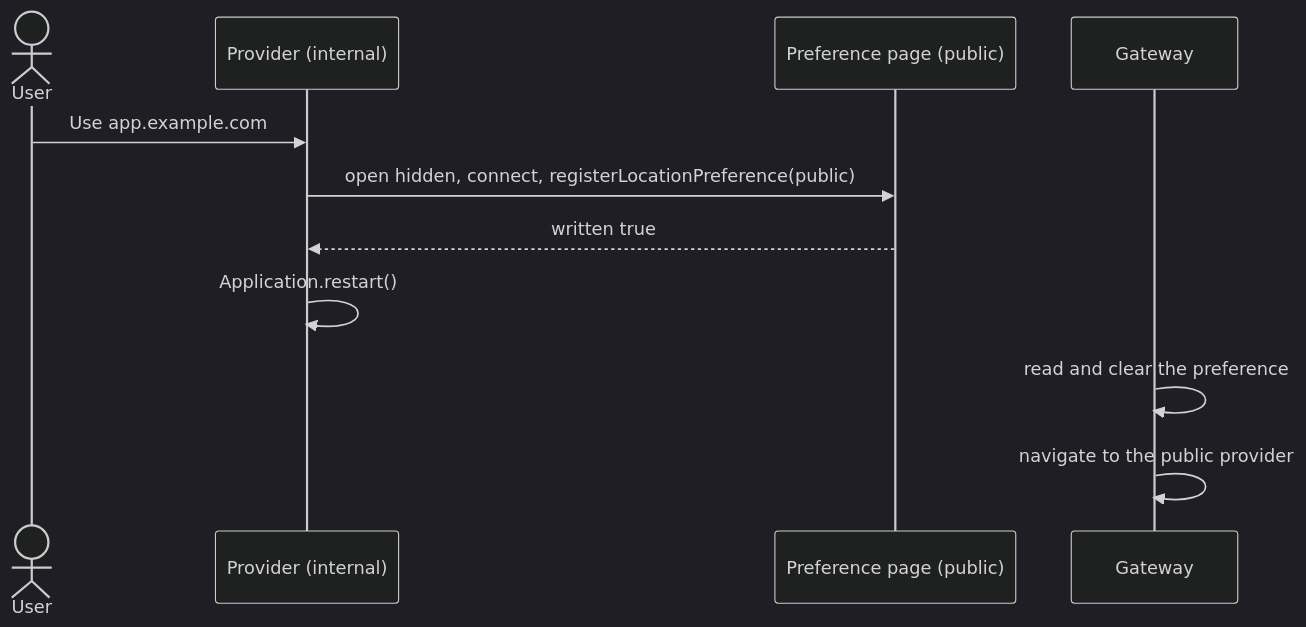
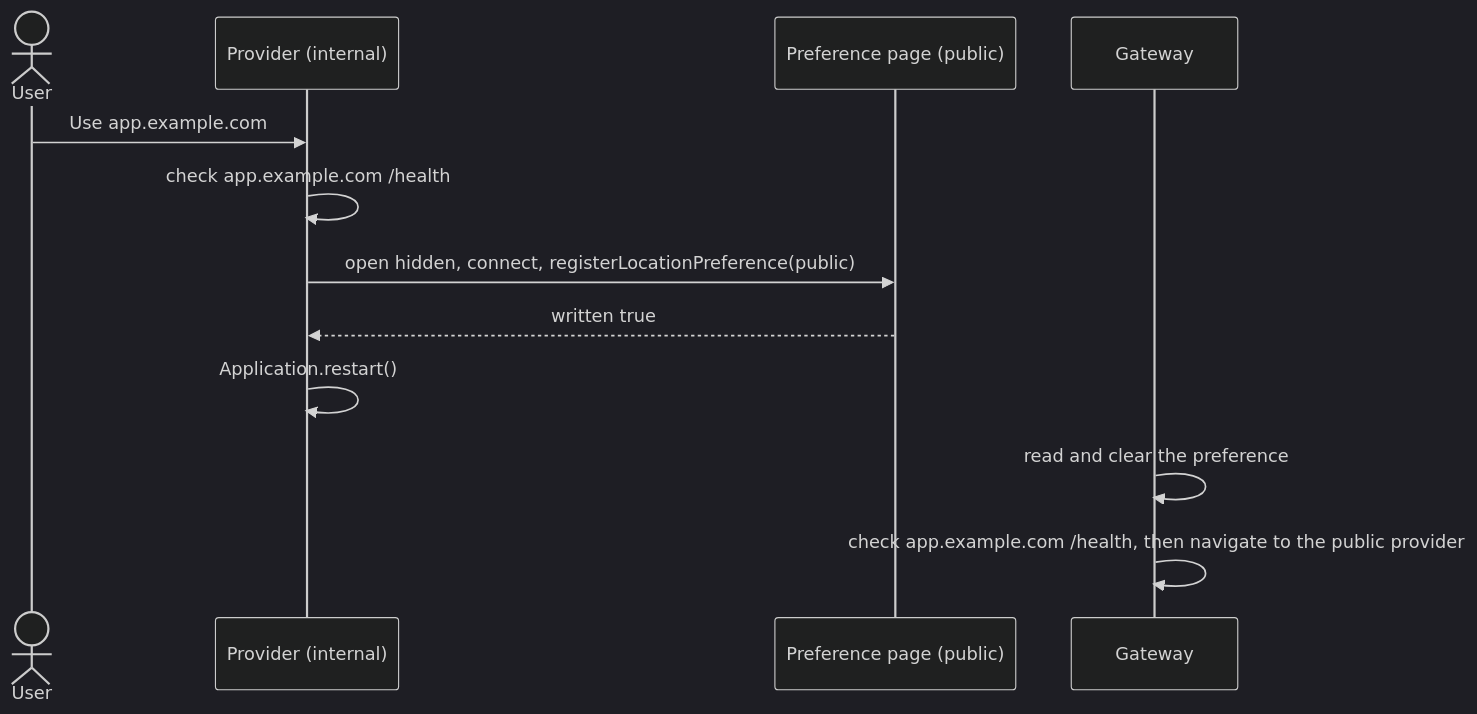
Before and after one commit to built-on-openfin/container-starter: the fourth of 4 diagrams in how-to/use-a-manifest/support-network-fallback/provider-based/docs/scenarios.md, drawn with Mermaid (dark theme). The commit also changed other lines of this file and 7 other files, not shown here.

````diff
--- a/how-to/use-a-manifest/support-network-fallback/provider-based/docs/scenarios.md
+++ b/how-to/use-a-manifest/support-network-fallback/provider-based/docs/scenarios.md
@@ -129,13 +131,14 @@
 ```mermaid
 sequenceDiagram
     actor User
     participant App as Provider (internal)
     participant H as Preference page (public)
     participant G as Gateway
     User ->> App: Use app.example.com
+    App ->> App: check app.example.com /health
     App ->> H: open hidden, connect, registerLocationPreference(public)
     H -->> App: written true
     App ->> App: Application.restart()
     G ->> G: read and clear the preference
-    G ->> G: navigate to the public provider
+    G ->> G: check app.example.com /health, then navigate to the public provider
 ```
````
